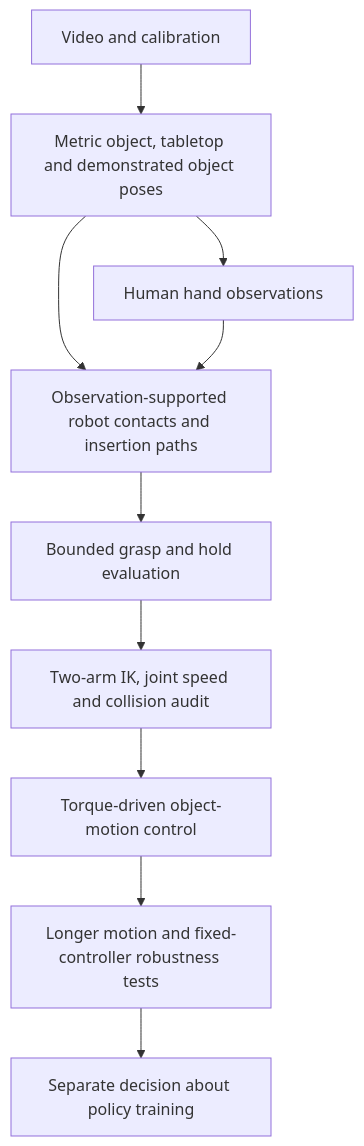
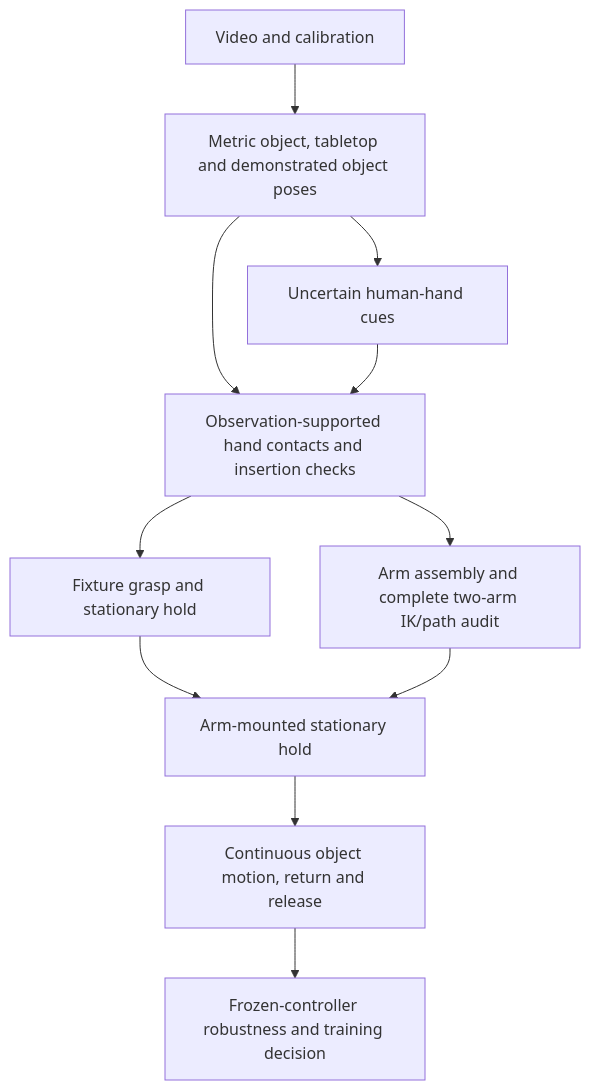
The diagram in docs/PIPELINES.md (isyed/real2sim2real), drawn with Mermaid before and after one commit. The commit also changed other lines of this file and 8 other files, not shown here.

Commit message:
Preserve retained grasp state and document staged control readiness

````diff
--- a/docs/PIPELINES.md
+++ b/docs/PIPELINES.md
@@ -21,12 +21,13 @@
 ```mermaid
 flowchart TD
     A[Video and calibration] --> B[Metric object, tabletop and demonstrated object poses]
-    B --> C[Observation-supported robot contacts and insertion paths]
-    C --> D[Bounded grasp and hold evaluation]
-    D --> E[Two-arm IK, joint speed and collision audit]
-    E --> F[Torque-driven object-motion control]
-    F --> G[Longer motion and fixed-controller robustness tests]
-    G --> H[Separate decision about policy training]
-    B --> I[Human hand observations]
+    B --> C[Observation-supported hand contacts and insertion checks]
+    C --> D[Fixture grasp and stationary hold]
+    C --> E[Arm assembly and complete two-arm IK/path audit]
+    D --> F[Arm-mounted stationary hold]
+    E --> F
+    F --> G[Continuous object motion, return and release]
+    G --> H[Frozen-controller robustness and training decision]
+    B --> I[Uncertain human-hand cues]
     I --> C
 ```
````
